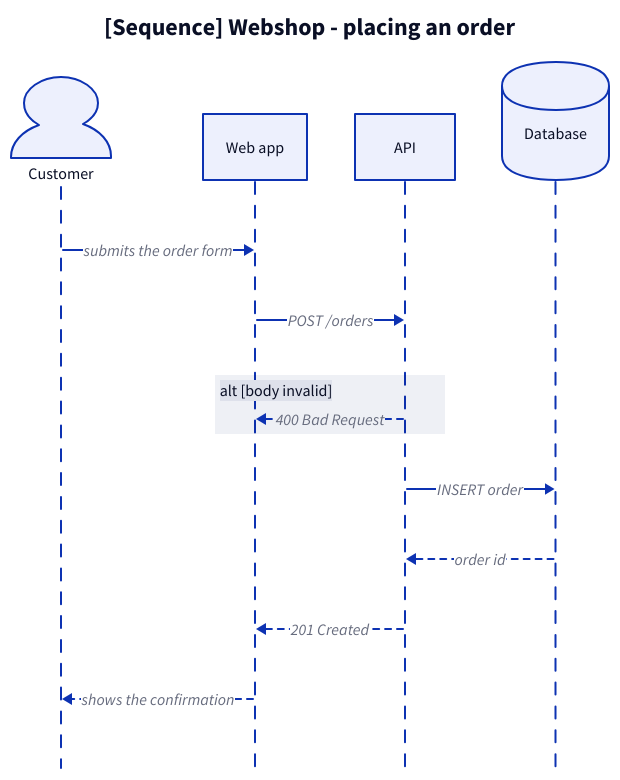
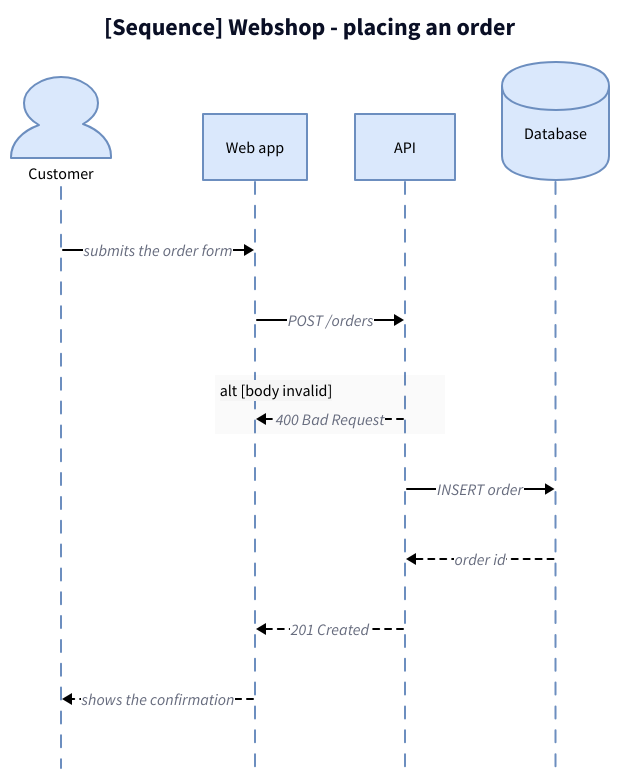
The first of 11 diagrams in skill/explaining-code/reference/models.md (ATkingma/KingmaDoc), drawn with D2 before and after one commit. The commit also changed other lines of this file and 21 other files, not shown here.

````diff
--- a/skill/explaining-code/reference/models.md
+++ b/skill/explaining-code/reference/models.md
@@ -58,17 +59,23 @@
 ```d2
 title: "[Sequence] Webshop - placing an order" {shape: text; near: top-center; style: {font-size: 24; bold: true}}
+classes: {
+  actor: {style: {fill: "#dae8fc"; stroke: "#6c8ebf"; font-color: "#000000"}}
+  call: {style: {stroke: "#000000"}}; reply: {style: {stroke: "#000000"; stroke-dash: 3}}
+  group: {style: {fill: "#f5f5f5"; stroke: "#666666"; font-color: "#000000"}}
+}
 shape: sequence_diagram
-customer: Customer {shape: person}
-web: Web app
-api: API
-db: Database {shape: cylinder}
-customer -> web: submits the order form
-web -> api: POST /orders
+customer: Customer {shape: person; class: actor}
+web: Web app {class: actor}
+api: API {class: actor}
+db: Database {shape: cylinder; class: actor}
+customer -> web: submits the order form {class: call}
+web -> api: POST /orders {class: call}
 invalid: "alt [body invalid]" {
-  api -> web: 400 Bad Request {style.stroke-dash: 3}
+  class: group
+  api -> web: 400 Bad Request {class: reply}
 }
-api -> db: INSERT order
-db -> api: order id {style.stroke-dash: 3}
-api -> web: 201 Created {style.stroke-dash: 3}
-web -> customer: shows the confirmation {style.stroke-dash: 3}
+api -> db: INSERT order {class: call}
+db -> api: order id {class: reply}
+api -> web: 201 Created {class: reply}
+web -> customer: shows the confirmation {class: reply}
 ```
````
